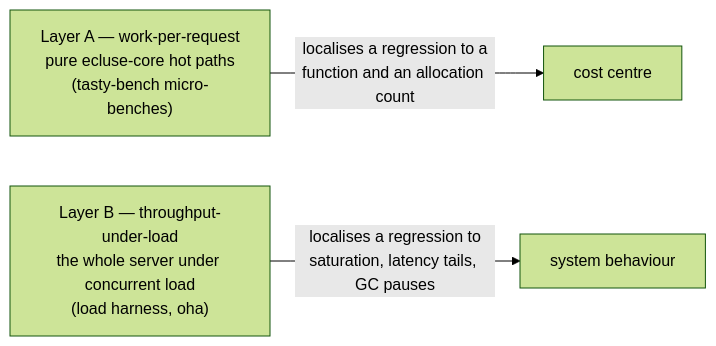
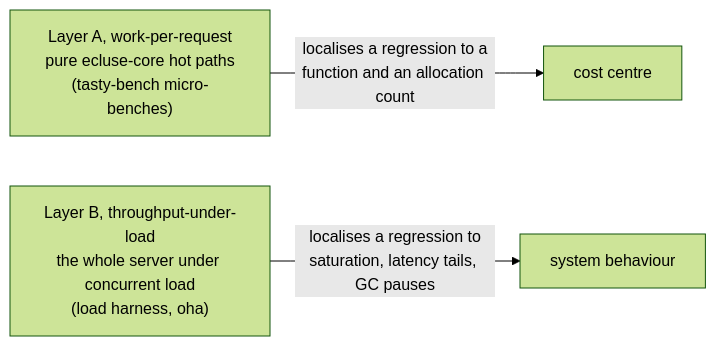
Before and after one commit to AlexaDeWit/Ecluse: the first of 2 diagrams in docs/architecture/performance.md, drawn with Mermaid (forest theme). The commit also changed other lines of this file and 91 other files, not shown here.

````diff
--- a/docs/architecture/performance.md
+++ b/docs/architecture/performance.md
@@ -16,7 +16,7 @@
 ```mermaid
 flowchart LR
-    A["Layer A — work-per-request<br/>pure ecluse-core hot paths<br/>(tasty-bench micro-benches)"]
-    B["Layer B — throughput-under-load<br/>the whole server under concurrent load<br/>(load harness, oha)"]
+    A["Layer A, work-per-request<br/>pure ecluse-core hot paths<br/>(tasty-bench micro-benches)"]
+    B["Layer B, throughput-under-load<br/>the whole server under concurrent load<br/>(load harness, oha)"]
     A -->|"localises a regression to a<br/>function and an allocation count"| Cost["cost centre"]
     B -->|"localises a regression to<br/>saturation, latency tails, GC pauses"| Sys["system behaviour"]
 ```
````
